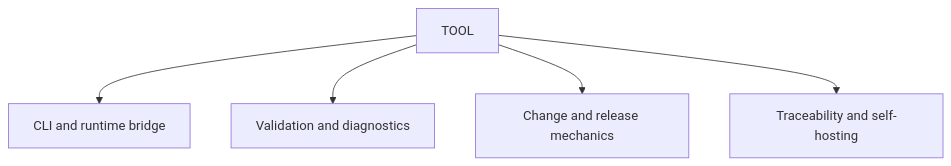
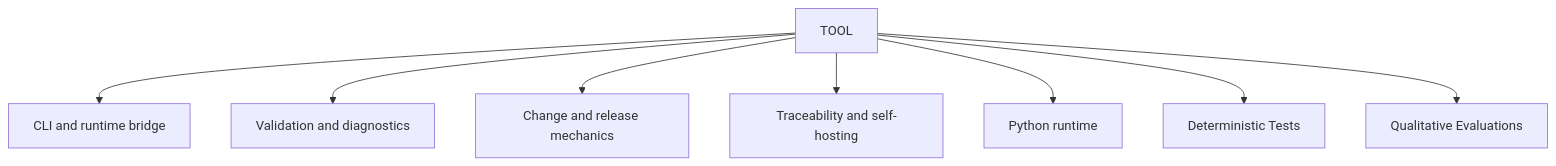
The diagram in .dset/000_dset_methodology/03_tool/000_dset-tool-hub.md (anatoly-m-maslennikov/dset-specs-loops-framework), drawn with Mermaid before and after one commit. The commit also changed other lines of this file and 118 other files, not shown here.

````diff
--- a/.dset/000_dset_methodology/03_tool/000_dset-tool-hub.md
+++ b/.dset/000_dset_methodology/03_tool/000_dset-tool-hub.md
@@ -13,13 +17,19 @@
 ```mermaid
 flowchart TB
     TOOL["TOOL"]
     CLI["CLI and runtime bridge"]
     VALIDATE["Validation and diagnostics"]
     LIFE["Change and release mechanics"]
     TRACE["Traceability and self-hosting"]
+    PYTHON["Python runtime"]
+    TESTS["Deterministic Tests"]
+    EVALS["Qualitative Evaluations"]
 
     TOOL --> CLI
     TOOL --> VALIDATE
     TOOL --> LIFE
     TOOL --> TRACE
+    TOOL --> PYTHON
+    TOOL --> TESTS
+    TOOL --> EVALS
 ```
````
